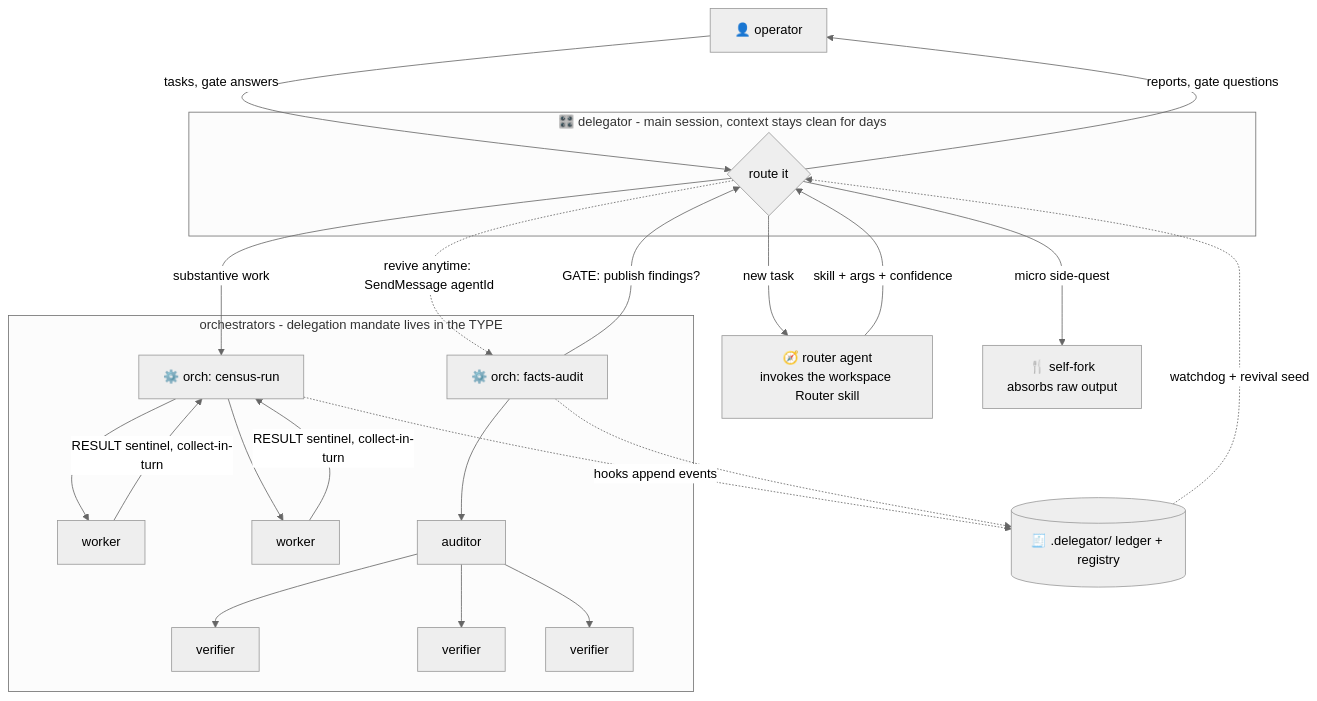
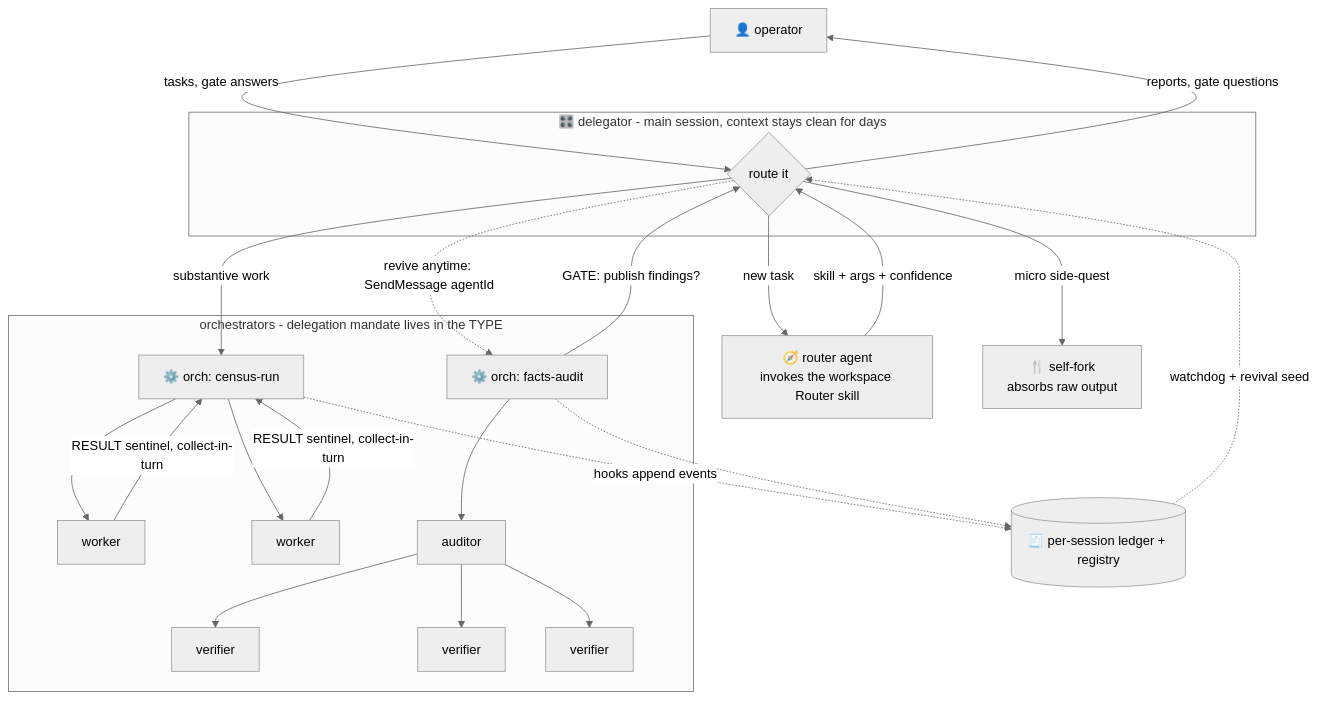
Before and after one commit to bbadler/claude-code-delegator: the diagram in README.md, drawn with Mermaid (neutral theme). The commit also changed other lines of this file, not shown here.

First line of the commit message:
docs(readme): catch up to v1.2.x — plugin auto-wires hooks (quick start + repo map + diagram), per-session storage paths, autonomy/mode-intake problems row, 18+ probes badge

````diff
--- a/README.md
+++ b/README.md
@@ -23,32 +23,32 @@
 ```mermaid
 flowchart TD
     U["👤 operator"] -->|"tasks, gate answers"| D
     D -->|"reports, gate questions"| U
 
     subgraph MAIN["🎛️ delegator - main session, context stays clean for days"]
         D{"route it"}
     end
 
     D -->|"new task"| R["🧭 router agent<br/>invokes the workspace Router skill"]
     R -->|"skill + args + confidence"| D
     D -->|"substantive work"| O1
     D -->|"micro side-quest"| F["🍴 self-fork<br/>absorbs raw output"]
     D -.->|"revive anytime: SendMessage agentId"| O2
 
     subgraph WORK["orchestrators - delegation mandate lives in the TYPE"]
         O1["⚙️ orch: census-run"] --> W1["worker"]
         O1 --> W2["worker"]
         O2["⚙️ orch: facts-audit"] --> A["auditor"]
         A --> V1["verifier"]
         A --> V2["verifier"]
         A --> V3["verifier"]
     end
 
     O2 -->|"GATE: publish findings?"| D
     W1 -->|"RESULT sentinel, collect-in-turn"| O1
     W2 -->|"RESULT sentinel, collect-in-turn"| O1
 
-    O1 -.->|"hooks append events"| L[("🧾 .delegator/ ledger + registry")]
+    O1 -.->|"hooks append events"| L[("🧾 per-session ledger + registry")]
     O2 -.-> L
     L -.->|"watchdog + revival seed"| D
 ```
````
